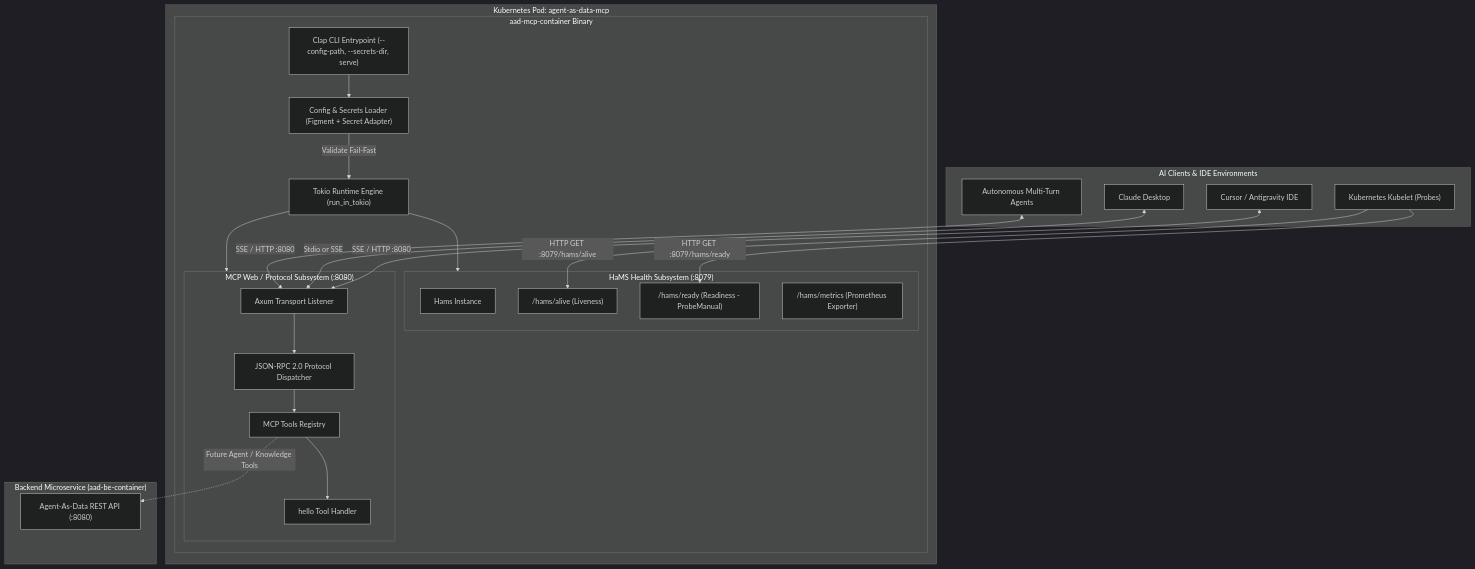
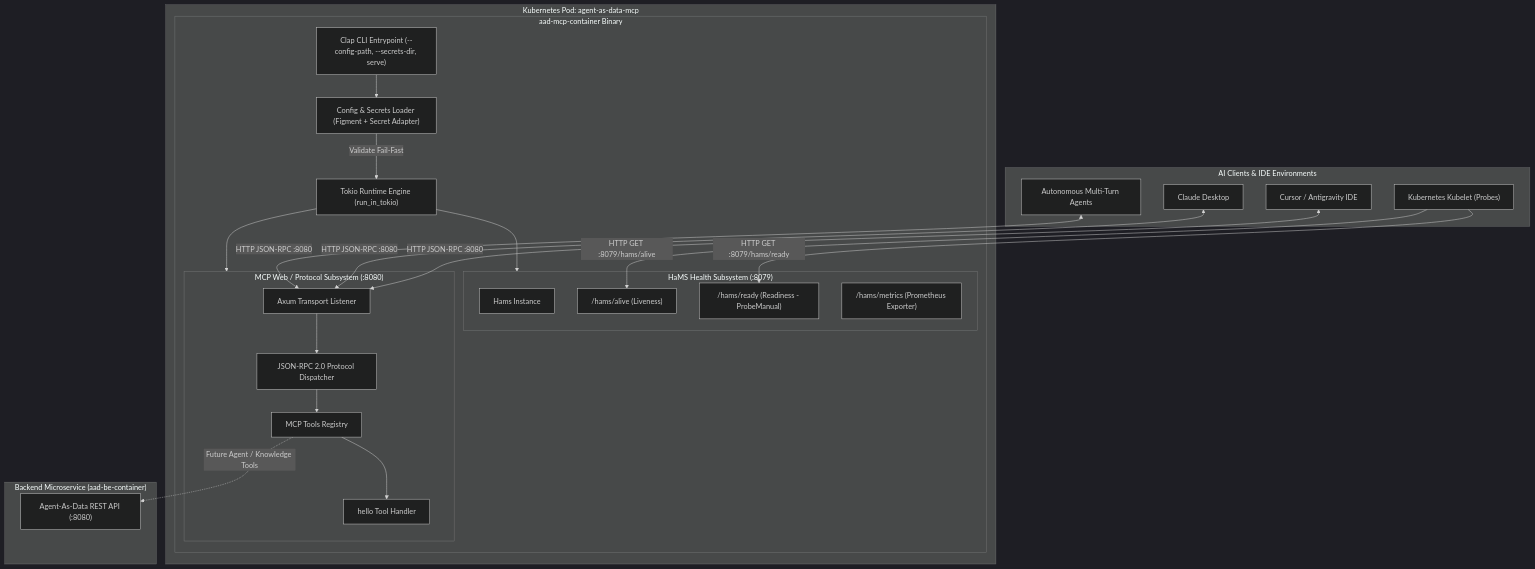
Before and after one commit to PolecatWorks/agent-as-data: the first of 2 diagrams in spec/prds/mcp-server-container-prd.md, drawn with Mermaid (dark theme). The commit also changed other lines of this file and 8 other files, not shown here.

Commit message:
refactor(mcp): replace streamable interface with direct HTTP JSON-RPC 2.0 endpoints

````diff
--- a/spec/prds/mcp-server-container-prd.md
+++ b/spec/prds/mcp-server-container-prd.md
@@ -43,52 +43,52 @@
 ```mermaid
 graph TD
     subgraph Clients["AI Clients & IDE Environments"]
         IDE["Cursor / Antigravity IDE"]
         Desktop["Claude Desktop"]
         Agents["Autonomous Multi-Turn Agents"]
         KubeProbes["Kubernetes Kubelet (Probes)"]
     end
 
     subgraph Pod["Kubernetes Pod: agent-as-data-mcp"]
         subgraph Process["aad-mcp-container Binary"]
             CLI["Clap CLI Entrypoint (--config-path, --secrets-dir, serve)"]
             ConfigLoader["Config & Secrets Loader (Figment + Secret Adapter)"]
             TokioHarness["Tokio Runtime Engine (run_in_tokio)"]
             
             subgraph HealthSidecar["HaMS Health Subsystem (:8079)"]
                 HamsCore["Hams Instance"]
                 AliveProbe["/hams/alive (Liveness)"]
                 ReadyProbe["/hams/ready (Readiness - ProbeManual)"]
                 Metrics["/hams/metrics (Prometheus Exporter)"]
             end
 
             subgraph MCPTransport["MCP Web / Protocol Subsystem (:8080)"]
                 AxumServer["Axum Transport Listener"]
                 Dispatcher["JSON-RPC 2.0 Protocol Dispatcher"]
                 ToolRegistry["MCP Tools Registry"]
                 HelloTool["hello Tool Handler"]
             end
         end
     end
 
     subgraph AADBackend["Backend Microservice (aad-be-container)"]
         BE["Agent-As-Data REST API (:8080)"]
     end
 
     CLI --> ConfigLoader
     ConfigLoader -->|"Validate Fail-Fast"| TokioHarness
     TokioHarness --> HealthSidecar
     TokioHarness --> MCPTransport
 
     KubeProbes -->|"HTTP GET :8079/hams/alive"| AliveProbe
     KubeProbes -->|"HTTP GET :8079/hams/ready"| ReadyProbe
 
-    IDE <-->|"SSE / HTTP :8080"| AxumServer
-    Desktop <-->|"Stdio or SSE"| AxumServer
-    Agents <-->|"SSE / HTTP :8080"| AxumServer
+    IDE <-->|"HTTP JSON-RPC :8080"| AxumServer
+    Desktop <-->|"HTTP JSON-RPC :8080"| AxumServer
+    Agents <-->|"HTTP JSON-RPC :8080"| AxumServer
 
     AxumServer --> Dispatcher
     Dispatcher --> ToolRegistry
     ToolRegistry --> HelloTool
     ToolRegistry -.->|"Future Agent / Knowledge Tools"| BE
 ```
````
